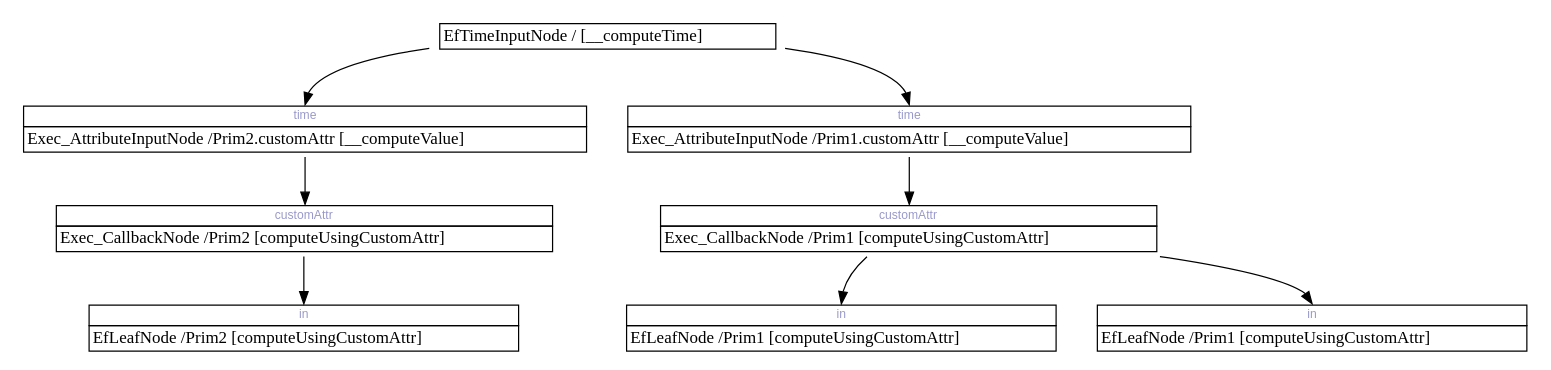
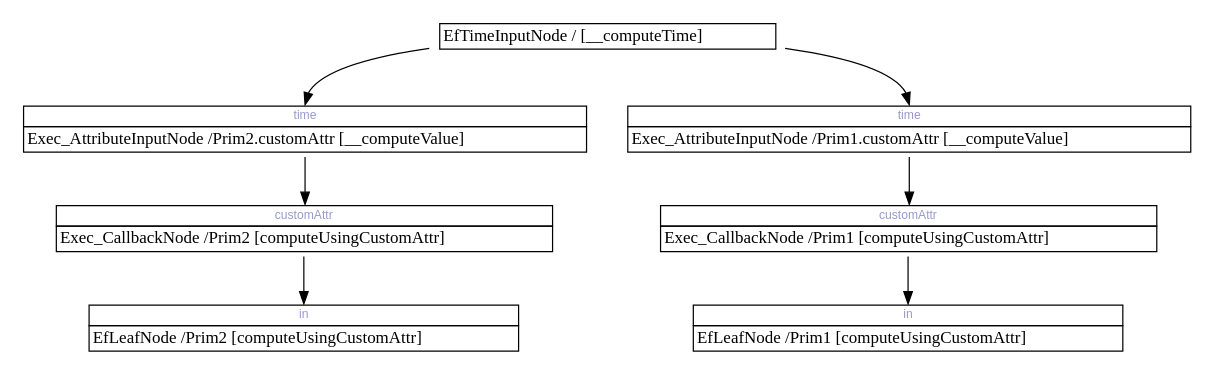
The diagram in pxr/exec/execUsd/testenv/testExecUsdRecompilation/baseline/TestRecompileMultipleRequests-3.dot (rstelzleni/USD), drawn with Graphviz before and after one commit. The commit also changed 10 other files, not shown here.

First line of the commit message:
Add Exec_CompiledLeafNodeCache, and prevent compiling duplicate leaf nodes.

```diff
--- a/pxr/exec/execUsd/testenv/testExecUsdRecompilation/baseline/TestRecompileMultipleRequests-3.dot
+++ b/pxr/exec/execUsd/testenv/testExecUsdRecompilation/baseline/TestRecompileMultipleRequests-3.dot
@@ -1,59 +1,52 @@
 digraph network {
 	rankdir=TB;
 	page="8.5, 11";
 
 	node [shape=plaintext];
-		"0x7fa24daa7bf0" [label=<
+		"0x7fdf34a41700" [label=<
 		<TABLE BORDER="0" CELLBORDER="1" CELLSPACING="0">
 			<TR><TD COLSPAN="1"> EfTimeInputNode / [__computeTime] </TD></TR>
 		</TABLE>>];
 	node [shape=plaintext];
-		"0x7fa242bc3f00" [label=<
+		"0x7fdf341c5700" [label=<
 		<TABLE BORDER="0" CELLBORDER="1" CELLSPACING="0">
-			<TR><TD PORT="0x7fa242bce490" COLSPAN="1"><FONT POINT-SIZE="10" FACE="Arial" COLOR="#9999cc">time</FONT></TD></TR>
+			<TR><TD PORT="0x7fdf3400e3d0" COLSPAN="1"><FONT POINT-SIZE="10" FACE="Arial" COLOR="#9999cc">time</FONT></TD></TR>
 			<TR><TD COLSPAN="1"> Exec_AttributeInputNode /Prim2.customAttr [__computeValue] </TD></TR>
 		</TABLE>>];
 	node [shape=plaintext];
-		"0x7fa2429d6a80" [label=<
+		"0x7fdf34011ae0" [label=<
 		<TABLE BORDER="0" CELLBORDER="1" CELLSPACING="0">
-			<TR><TD PORT="0x7fa242bce4c0" COLSPAN="1"><FONT POINT-SIZE="10" FACE="Arial" COLOR="#9999cc">customAttr</FONT></TD></TR>
+			<TR><TD PORT="0x7fdf341fe8f0" COLSPAN="1"><FONT POINT-SIZE="10" FACE="Arial" COLOR="#9999cc">customAttr</FONT></TD></TR>
 			<TR><TD COLSPAN="1"> Exec_CallbackNode /Prim1 [computeUsingCustomAttr] </TD></TR>
 		</TABLE>>];
 	node [shape=plaintext];
-		"0x7fa2548f8020" [label=<
+		"0x7fdf34033ad0" [label=<
 		<TABLE BORDER="0" CELLBORDER="1" CELLSPACING="0">
-			<TR><TD PORT="0x7fa242bce520" COLSPAN="1"><FONT POINT-SIZE="10" FACE="Arial" COLOR="#9999cc">in</FONT></TD></TR>
+			<TR><TD PORT="0x7fdf341fe950" COLSPAN="1"><FONT POINT-SIZE="10" FACE="Arial" COLOR="#9999cc">in</FONT></TD></TR>
 			<TR><TD COLSPAN="1"> EfLeafNode /Prim1 [computeUsingCustomAttr] </TD></TR>
 		</TABLE>>];
 	node [shape=plaintext];
-		"0x7fa242bc3e00" [label=<
+		"0x7fdf341c5600" [label=<
 		<TABLE BORDER="0" CELLBORDER="1" CELLSPACING="0">
-			<TR><TD PORT="0x7fa242bce130" COLSPAN="1"><FONT POINT-SIZE="10" FACE="Arial" COLOR="#9999cc">time</FONT></TD></TR>
+			<TR><TD PORT="0x7fdf3400eb80" COLSPAN="1"><FONT POINT-SIZE="10" FACE="Arial" COLOR="#9999cc">time</FONT></TD></TR>
 			<TR><TD COLSPAN="1"> Exec_AttributeInputNode /Prim1.customAttr [__computeValue] </TD></TR>
 		</TABLE>>];
 	node [shape=plaintext];
-		"0x7fa2429d6af0" [label=<
+		"0x7fdf34011990" [label=<
 		<TABLE BORDER="0" CELLBORDER="1" CELLSPACING="0">
-			<TR><TD PORT="0x7fa242bce610" COLSPAN="1"><FONT POINT-SIZE="10" FACE="Arial" COLOR="#9999cc">customAttr</FONT></TD></TR>
+			<TR><TD PORT="0x7fdf341fea10" COLSPAN="1"><FONT POINT-SIZE="10" FACE="Arial" COLOR="#9999cc">customAttr</FONT></TD></TR>
 			<TR><TD COLSPAN="1"> Exec_CallbackNode /Prim2 [computeUsingCustomAttr] </TD></TR>
 		</TABLE>>];
 	node [shape=plaintext];
-		"0x7fa2548f8110" [label=<
+		"0x7fdf34069e80" [label=<
 		<TABLE BORDER="0" CELLBORDER="1" CELLSPACING="0">
-			<TR><TD PORT="0x7fa242bce670" COLSPAN="1"><FONT POINT-SIZE="10" FACE="Arial" COLOR="#9999cc">in</FONT></TD></TR>
+			<TR><TD PORT="0x7fdf341fea70" COLSPAN="1"><FONT POINT-SIZE="10" FACE="Arial" COLOR="#9999cc">in</FONT></TD></TR>
 			<TR><TD COLSPAN="1"> EfLeafNode /Prim2 [computeUsingCustomAttr] </TD></TR>
 		</TABLE>>];
-	node [shape=plaintext];
-		"0x7fa2548f8250" [label=<
-		<TABLE BORDER="0" CELLBORDER="1" CELLSPACING="0">
-			<TR><TD PORT="0x7fa242bce700" COLSPAN="1"><FONT POINT-SIZE="10" FACE="Arial" COLOR="#9999cc">in</FONT></TD></TR>
-			<TR><TD COLSPAN="1"> EfLeafNode /Prim1 [computeUsingCustomAttr] </TD></TR>
-		</TABLE>>];
-		"0x7fa24daa7bf0" -> "0x7fa242bc3f00":"0x7fa242bce490":n;
-		"0x7fa242bc3e00" -> "0x7fa2429d6a80":"0x7fa242bce4c0":n;
-		"0x7fa2429d6a80" -> "0x7fa2548f8020":"0x7fa242bce520":n;
-		"0x7fa24daa7bf0" -> "0x7fa242bc3e00":"0x7fa242bce130":n;
-		"0x7fa242bc3f00" -> "0x7fa2429d6af0":"0x7fa242bce610":n;
-		"0x7fa2429d6af0" -> "0x7fa2548f8110":"0x7fa242bce670":n;
-		"0x7fa2429d6a80" -> "0x7fa2548f8250":"0x7fa242bce700":n;
+		"0x7fdf34a41700" -> "0x7fdf341c5700":"0x7fdf3400e3d0":n;
+		"0x7fdf341c5600" -> "0x7fdf34011ae0":"0x7fdf341fe8f0":n;
+		"0x7fdf34011ae0" -> "0x7fdf34033ad0":"0x7fdf341fe950":n;
+		"0x7fdf34a41700" -> "0x7fdf341c5600":"0x7fdf3400eb80":n;
+		"0x7fdf341c5700" -> "0x7fdf34011990":"0x7fdf341fea10":n;
+		"0x7fdf34011990" -> "0x7fdf34069e80":"0x7fdf341fea70":n;
 }
```
